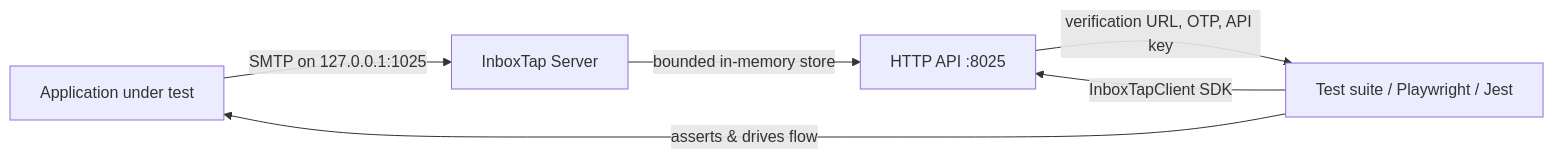
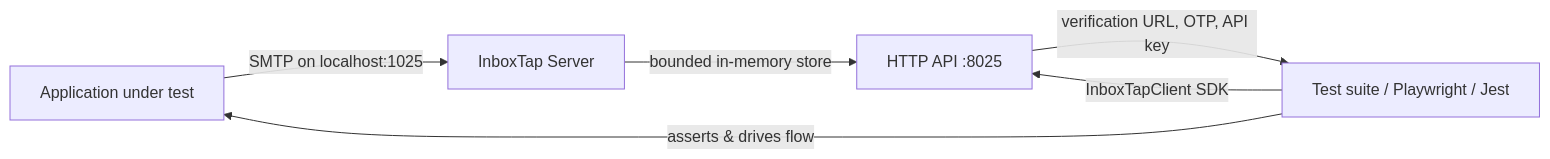
The diagram in docs/OVERVIEW.md (TracyNgot/inboxtap.dev), drawn with Mermaid before and after one commit. The commit also changed other lines of this file and 14 other files, not shown here.

````diff
--- a/docs/OVERVIEW.md
+++ b/docs/OVERVIEW.md
@@ -36,8 +36,8 @@
 ```mermaid
 graph LR
-    A[Application under test] -->|SMTP on 127.0.0.1:1025| B[InboxTap Server]
+    A[Application under test] -->|SMTP on localhost:1025| B[InboxTap Server]
     B -->|bounded in-memory store| C[HTTP API :8025]
     D[Test suite / Playwright / Jest] -->|InboxTapClient SDK| C
     C -->|verification URL, OTP, API key| D
     D -->|asserts & drives flow| A
 ```
````
